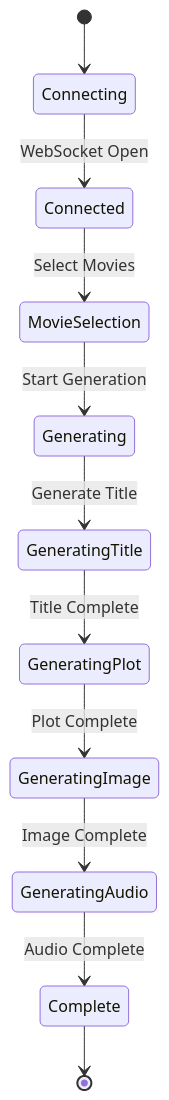
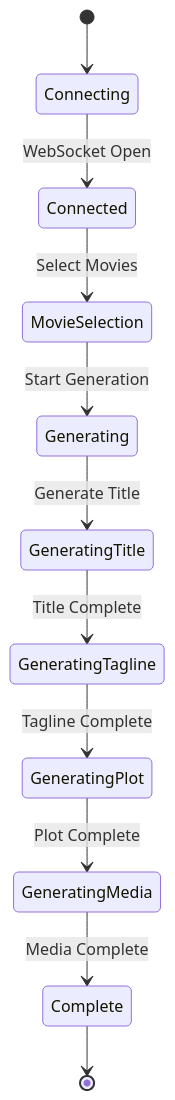
The fourth of 4 diagrams in README.md (dthyresson/ai-movie-mashup), drawn with Mermaid before and after one commit. The commit also changed other lines of this file, not shown here.

````diff
--- a/README.md
+++ b/README.md
@@ -109,13 +124,13 @@
 ```mermaid
 stateDiagram-v2
     [*] --> Connecting
     Connecting --> Connected: WebSocket Open
     Connected --> MovieSelection: Select Movies
     MovieSelection --> Generating: Start Generation
     Generating --> GeneratingTitle: Generate Title
-    GeneratingTitle --> GeneratingPlot: Title Complete
-    GeneratingPlot --> GeneratingImage: Plot Complete
-    GeneratingImage --> GeneratingAudio: Image Complete
-    GeneratingAudio --> Complete: Audio Complete
+    GeneratingTitle --> GeneratingTagline: Title Complete
+    GeneratingTagline --> GeneratingPlot: Tagline Complete
+    GeneratingPlot --> GeneratingMedia: Plot Complete
+    GeneratingMedia --> Complete: Media Complete
     Complete --> [*]
 ```
````
